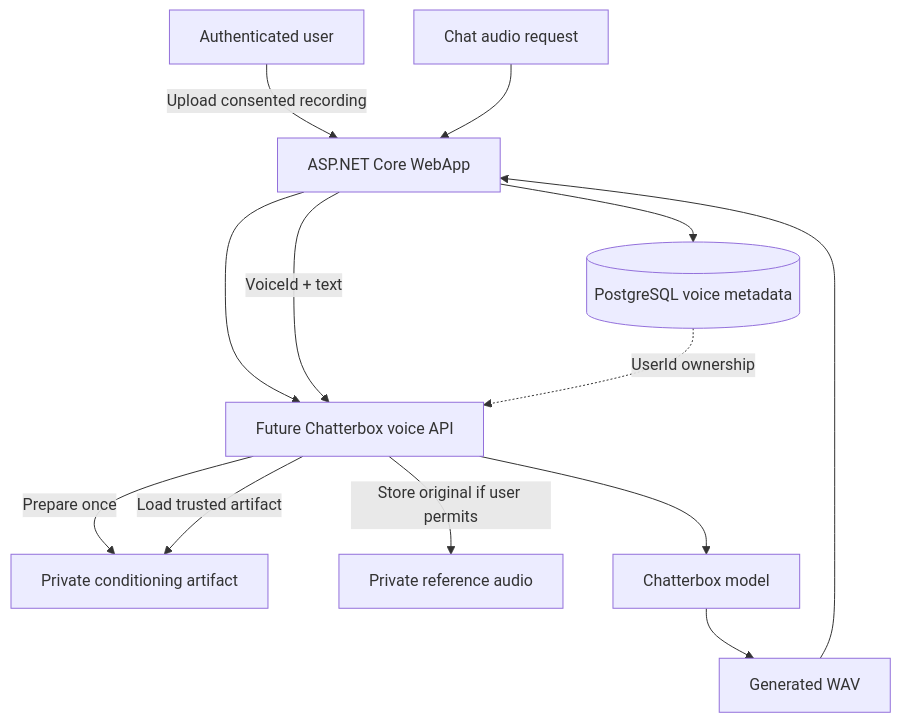
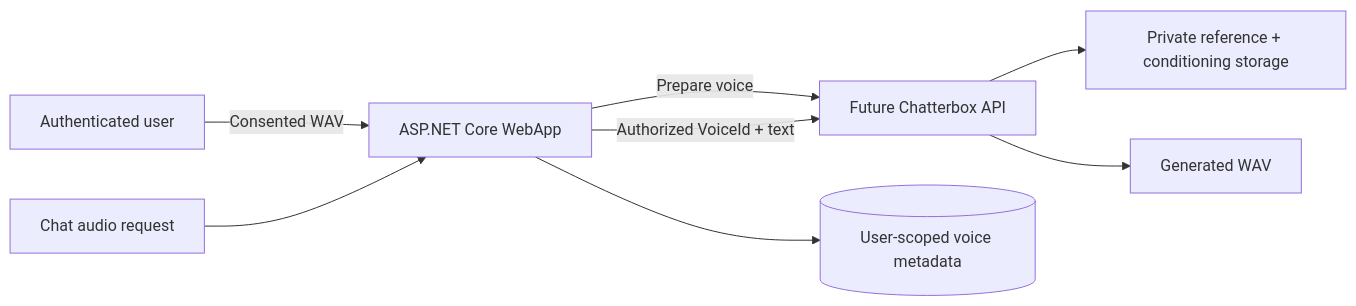
One commit to FabioRNobrega/book-notes-ia changed the third of 3 diagrams in services/ChatterboxTtsService/README.md. Above: the diagram before and after it, drawn with Mermaid. The commit also changed other lines of this file and 25 other files, not shown here.

Commit message:
feat(voice-cloning): enhance Chatterbox TTS service with multilingual support and improved readiness checks

````diff
--- a/services/ChatterboxTtsService/README.md
+++ b/services/ChatterboxTtsService/README.md
@@ -406,17 +334,10 @@
 ```mermaid
-flowchart TD
-    User[Authenticated user] -->|Upload consented recording| WebApp[ASP.NET Core WebApp]
-    WebApp --> VoiceAPI[Future Chatterbox voice API]
-    VoiceAPI -->|Prepare once| Conditioning[Private conditioning artifact]
-    VoiceAPI -->|Store original if user permits| Reference[Private reference audio]
-    WebApp --> Metadata[(PostgreSQL voice metadata)]
-
+flowchart LR
+    User[Authenticated user] -->|Consented WAV| WebApp[ASP.NET Core WebApp]
+    WebApp -->|Prepare voice| VoiceAPI[Future Chatterbox API]
+    VoiceAPI --> Private[Private reference + conditioning storage]
+    WebApp --> Metadata[(User-scoped voice metadata)]
     Chat[Chat audio request] --> WebApp
-    WebApp -->|VoiceId + text| VoiceAPI
-    VoiceAPI -->|Load trusted artifact| Conditioning
-    VoiceAPI --> Model[Chatterbox model]
-    Model --> Audio[Generated WAV]
-    Audio --> WebApp
-
-    Metadata -. UserId ownership .-> VoiceAPI
+    WebApp -->|Authorized VoiceId + text| VoiceAPI
+    VoiceAPI --> Audio[Generated WAV]
 ```
````
